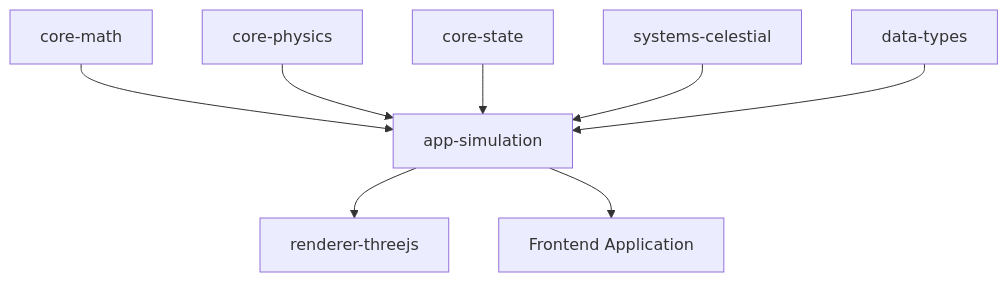
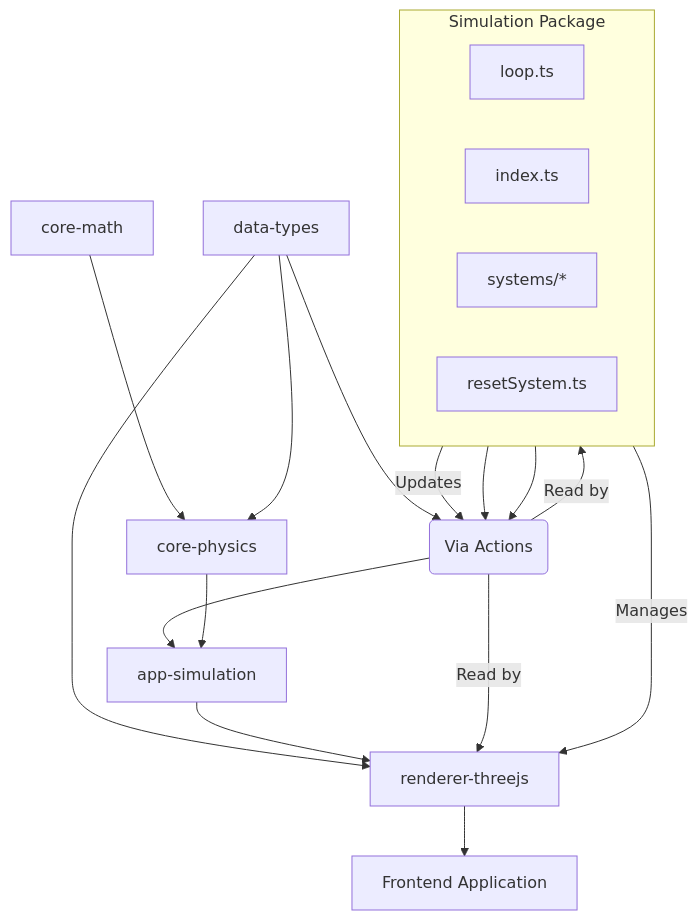
The diagram in packages/app/simulation/README.md (tanepiper/teskooano), drawn with Mermaid before and after one commit. The commit also changed other lines of this file and 15 other files, not shown here.

````diff
--- a/packages/app/simulation/README.md
+++ b/packages/app/simulation/README.md
@@ -13,19 +13,34 @@
 ```mermaid
 graph TD
     Math[core-math]
     Physics[core-physics]
     State[core-state]
     Types[data-types]
-    Celestial[systems-celestial]
     Renderer[renderer-threejs]
     Simulation[app-simulation]
     Frontend[Frontend Application]
 
-    Math --> Simulation
+    Math --> Physics
+    Types --> Physics
+    Types --> State
+    Types --> Renderer
+    State --> Simulation
     Physics --> Simulation
-    State --> Simulation
-    Celestial --> Simulation
-    Types --> Simulation
     Simulation --> Renderer
-    Simulation --> Frontend
+    Renderer --> Frontend
+
+    subgraph Simulation Package
+        direction LR
+        Loop[loop.ts]
+        Index[index.ts]
+        Systems[systems/*]
+        Reset[resetSystem.ts]
+    end
+
+    Index -- Manages --> Renderer
+    Loop -- Updates --> State
+    State -- Read by --> Loop
+    State -- Read by --> Renderer
+    Systems --> State(Via Actions)
+    Reset --> State(Via Actions)
 ```
````
